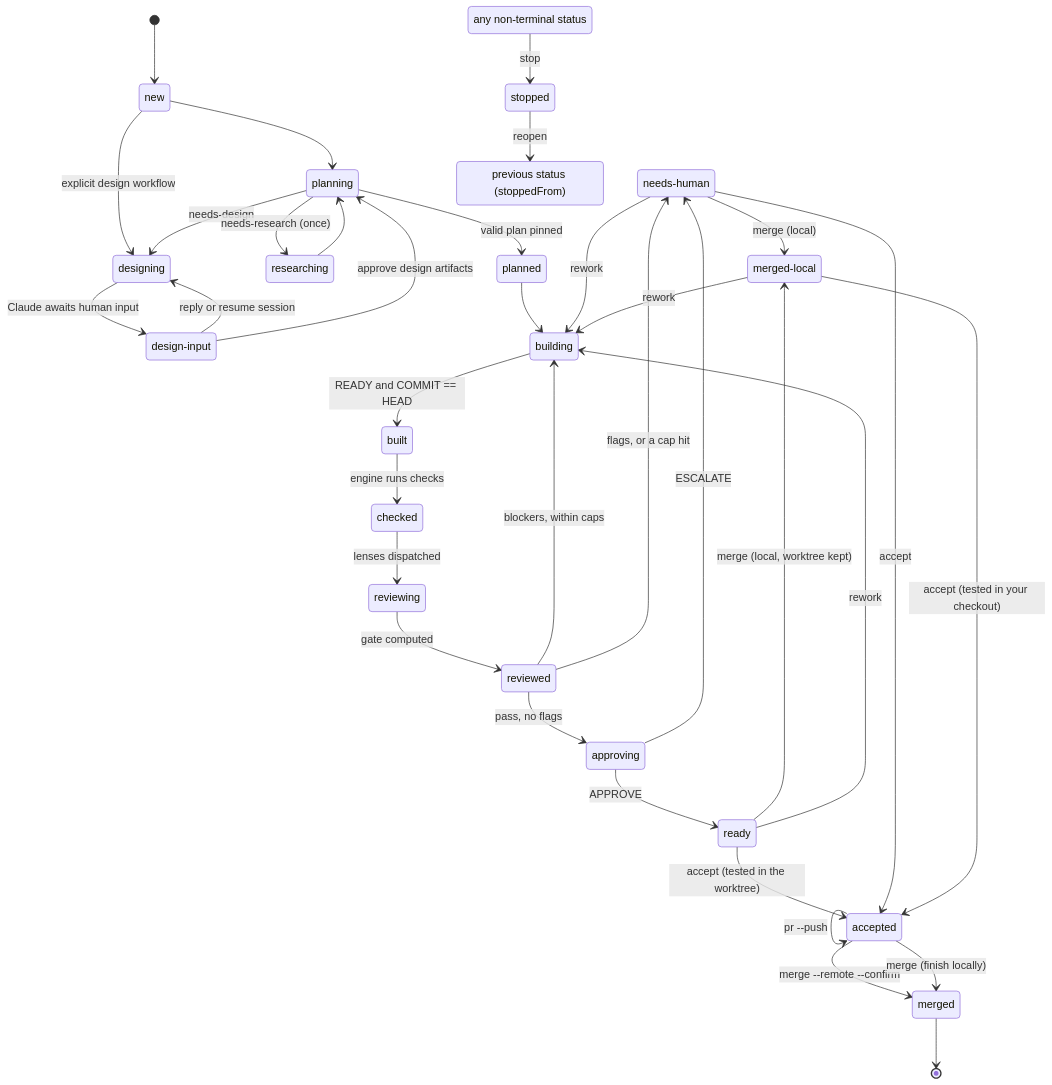
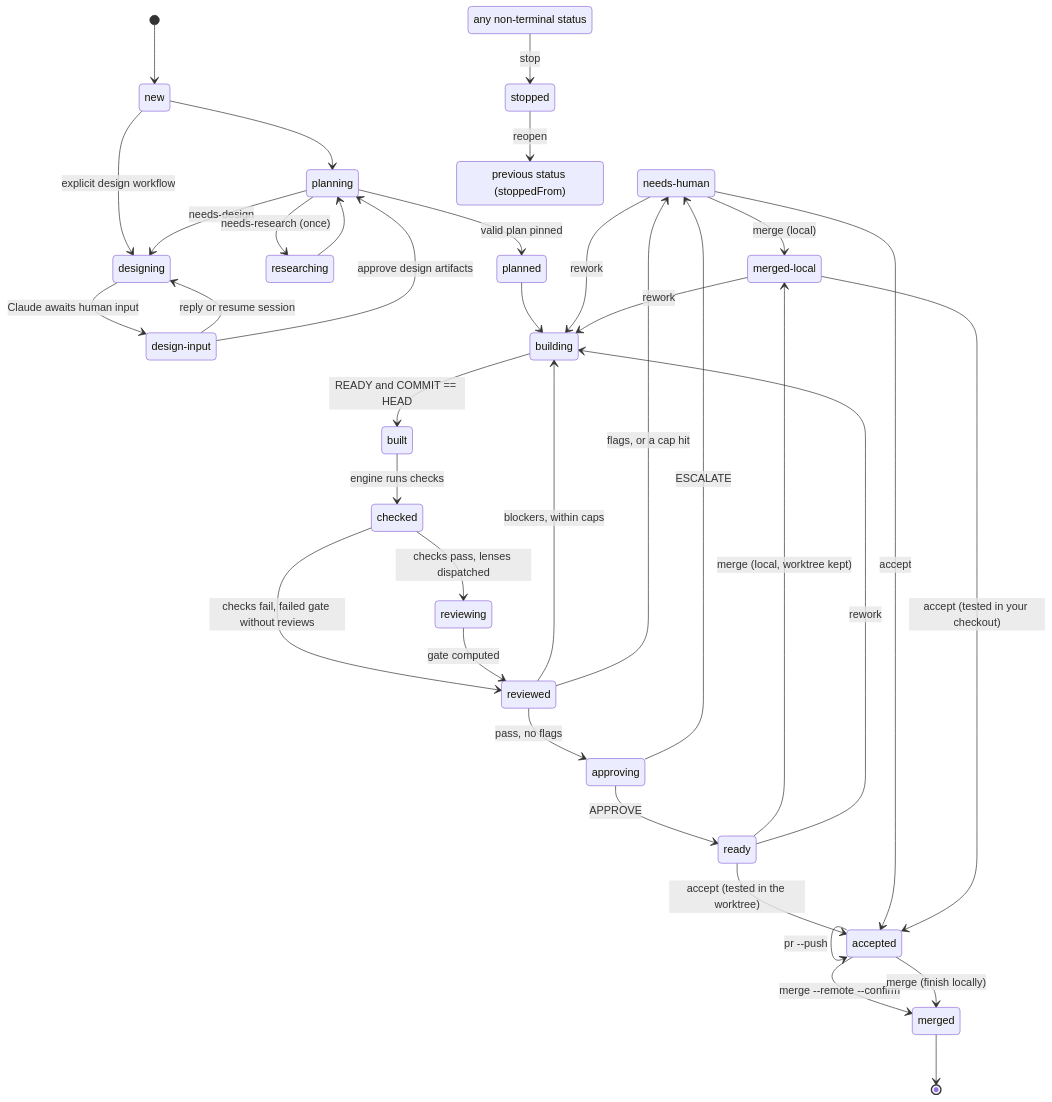
The first of 2 diagrams in sociotechnic/docs/engine-reference.md (sid-newby/sociotechnic), drawn with Mermaid before and after one commit. The commit also changed other lines of this file and 17 other files, not shown here.

Commit message:
Repair failed canonical checks before review with bounded lifecycle evidence

````diff
--- a/sociotechnic/docs/engine-reference.md
+++ b/sociotechnic/docs/engine-reference.md
@@ -58,42 +58,43 @@
 ```mermaid
 stateDiagram-v2
   state "needs-human" as needs_human
   [*] --> new
   new --> planning
   state "design-input" as design_input
   new --> designing: explicit design workflow
   planning --> designing: needs-design
   designing --> design_input: Claude awaits human input
   design_input --> designing: reply or resume session
   design_input --> planning: approve design artifacts
   planning --> researching: needs-research (once)
   researching --> planning
   planning --> planned: valid plan pinned
   planned --> building
   building --> built: READY and COMMIT == HEAD
   built --> checked: engine runs checks
-  checked --> reviewing: lenses dispatched
+  checked --> reviewing: checks pass, lenses dispatched
+  checked --> reviewed: checks fail, failed gate without reviews
   reviewing --> reviewed: gate computed
   reviewed --> building: blockers, within caps
   reviewed --> approving: pass, no flags
   reviewed --> needs_human: flags, or a cap hit
   approving --> ready: APPROVE
   approving --> needs_human: ESCALATE
   state "merged-local" as merged_local
   ready --> merged_local: merge (local, worktree kept)
   ready --> accepted: accept (tested in the worktree)
   ready --> building: rework
   needs_human --> merged_local: merge (local)
   needs_human --> accepted: accept
   needs_human --> building: rework
   merged_local --> accepted: accept (tested in your checkout)
   merged_local --> building: rework
   accepted --> accepted: pr --push
   accepted --> merged: merge --remote --confirm
   accepted --> merged: merge (finish locally)
   merged --> [*]
   state "previous status (stoppedFrom)" as previous
   state "any non-terminal status" as active
   active --> stopped: stop
   stopped --> previous: reopen
 ```
````
